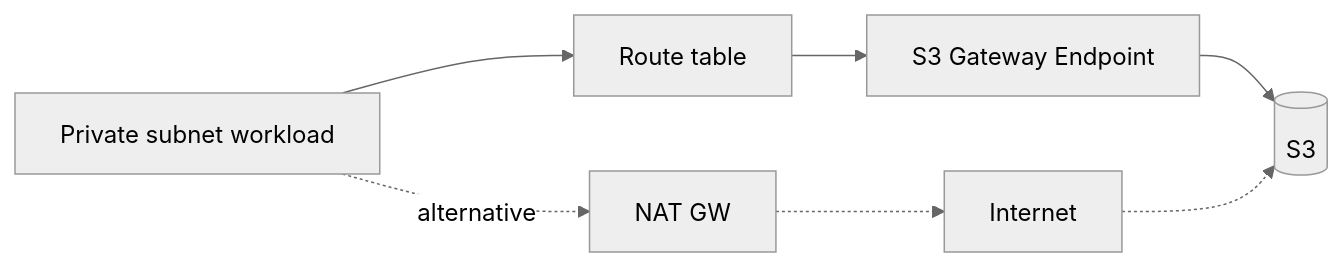
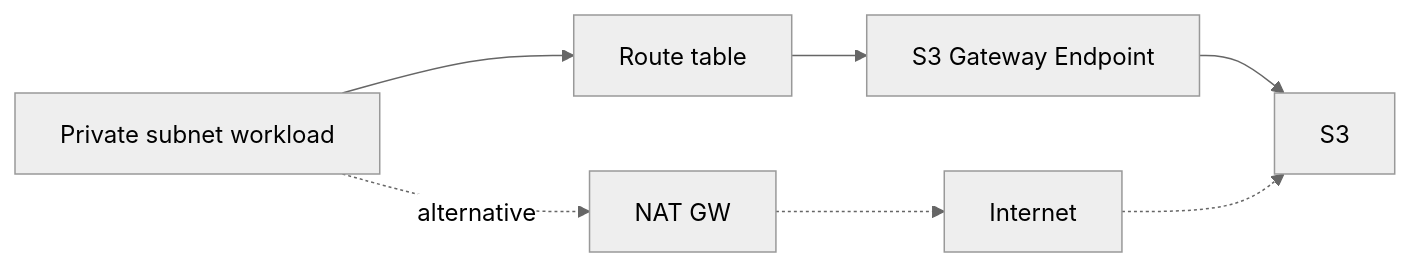
One commit to niceguy61/aws-saa-lecture-2026 changed the second of 2 diagrams in aws-saa/week01-domain01-secure-architectures/day04/01-theory.md. Above: the diagram before and after it, drawn with Mermaid (neutral theme). The commit also changed 11 other files, not shown here.

Commit message:
Harden mermaid diagrams for GitHub rendering

````diff
--- a/aws-saa/week01-domain01-secure-architectures/day04/01-theory.md
+++ b/aws-saa/week01-domain01-secure-architectures/day04/01-theory.md
@@ -51,7 +51,7 @@
 ```mermaid
 flowchart LR
   App[Private subnet workload] --> RT[Route table]
   RT --> EP[S3 Gateway Endpoint]
-  EP --> S3[(S3)]
+  EP --> S3[S3]
   App -. alternative .-> NAT[NAT GW] -.-> IGW[Internet] -.-> S3
 ```
````
